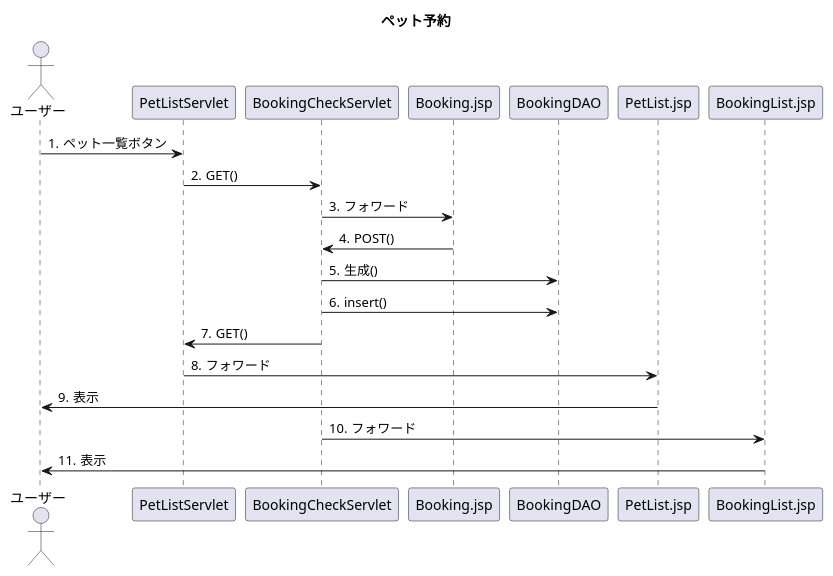
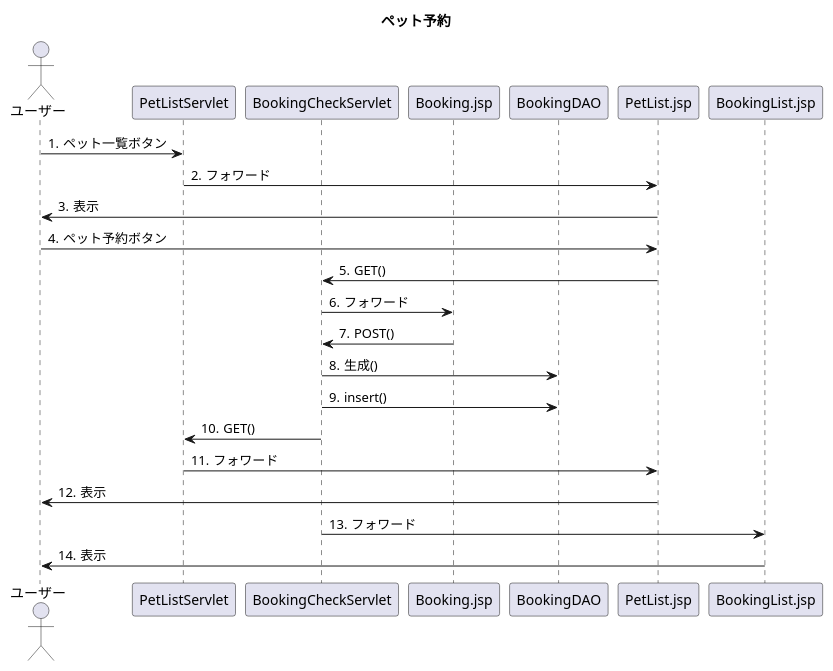
One commit to Tyamanaka07/WebSystem changed the diagram in detail.uml/seq_booking.pu. Above: the diagram before and after it, drawn with PlantUML.

Commit message:
Bookingのシーケンス図

```diff
--- a/detail.uml/seq_booking.pu
+++ b/detail.uml/seq_booking.pu
@@ -1,25 +1,28 @@
 @startuml
 title ペット予約
 actor ユーザー
 participant PetListServlet
 participant BookingCheckServlet
 participant Booking.jsp
 participant BookingDAO
 participant PetList.jsp
 participant BookingList.jsp
 autonumber "#."
 
 ユーザー->PetListServlet : ペット一覧ボタン
-PetListServlet->BookingCheckServlet : GET()
+PetListServlet->PetList.jsp : フォワード
+PetList.jsp->ユーザー : 表示
+ユーザー->PetList.jsp : ペット予約ボタン
+PetList.jsp ->BookingCheckServlet : GET()
 BookingCheckServlet->Booking.jsp : フォワード
 Booking.jsp->BookingCheckServlet : POST()
 BookingCheckServlet->BookingDAO : 生成()
 BookingCheckServlet->BookingDAO : insert()
 BookingCheckServlet->PetListServlet : GET()
 PetListServlet->PetList.jsp : フォワード
 PetList.jsp->ユーザー : 表示
 BookingCheckServlet->BookingList.jsp : フォワード
 BookingList.jsp->ユーザー : 表示
 
 
 @enduml
```
